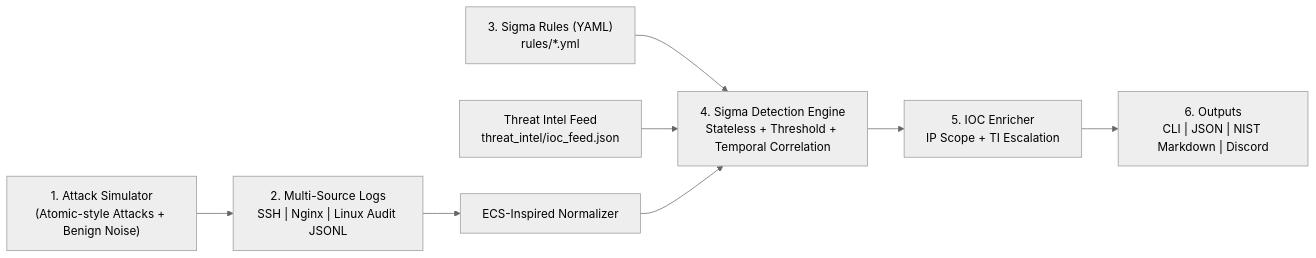
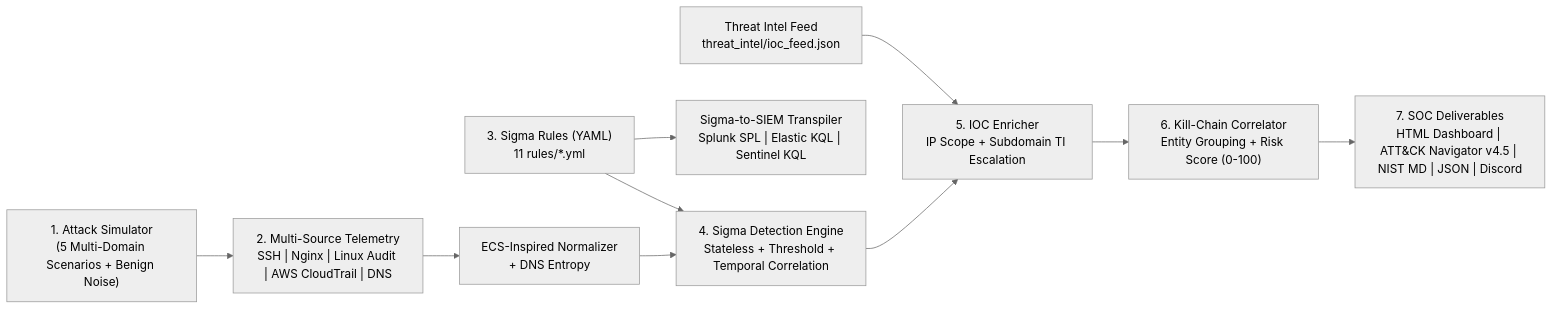
Before and after one commit to PH-Vidal/detection-as-code-lab: the diagram in README.md, drawn with Mermaid (neutral theme). The commit also changed other lines of this file and 22 other files, not shown here.

Commit message:
feat: upgrade to v2.0 with AWS CloudTrail & DNS rules, Kill-Chain correlator, ATT&CK Navigator, SIEM transpiler and HTML SOC dashboard

````diff
--- a/README.md
+++ b/README.md
@@ -17,9 +19,11 @@
 ```mermaid
 flowchart LR
-    SIM["1. Attack Simulator\n(Atomic-style Attacks + Benign Noise)"] --> LOGS["2. Multi-Source Logs\nSSH | Nginx | Linux Audit JSONL"]
-    RULES["3. Sigma Rules (YAML)\nrules/*.yml"] --> ENGINE
-    TI["Threat Intel Feed\nthreat_intel/ioc_feed.json"] --> ENGINE
-    LOGS --> NORM["ECS-Inspired Normalizer"] --> ENGINE["4. Sigma Detection Engine\nStateless + Threshold + Temporal Correlation"]
-    ENGINE --> ENRICH["5. IOC Enricher\nIP Scope + TI Escalation"]
-    ENRICH --> OUT["6. Outputs\nCLI | JSON | NIST Markdown | Discord"]
+    SIM["1. Attack Simulator\n(5 Multi-Domain Scenarios + Benign Noise)"] --> LOGS["2. Multi-Source Telemetry\nSSH | Nginx | Linux Audit | AWS CloudTrail | DNS"]
+    RULES["3. Sigma Rules (YAML)\n11 rules/*.yml"] --> ENGINE
+    RULES --> SIEM["Sigma-to-SIEM Transpiler\nSplunk SPL | Elastic KQL | Sentinel KQL"]
+    TI["Threat Intel Feed\nthreat_intel/ioc_feed.json"] --> ENRICH
+    LOGS --> NORM["ECS-Inspired Normalizer\n+ DNS Entropy"] --> ENGINE["4. Sigma Detection Engine\nStateless + Threshold + Temporal Correlation"]
+    ENGINE --> ENRICH["5. IOC Enricher\nIP Scope + Subdomain TI Escalation"]
+    ENRICH --> CORR["6. Kill-Chain Correlator\nEntity Grouping + Risk Score (0-100)"]
+    CORR --> OUT["7. SOC Deliverables\nHTML Dashboard | ATT&CK Navigator v4.5 | NIST MD | JSON | Discord"]
 ```
````
